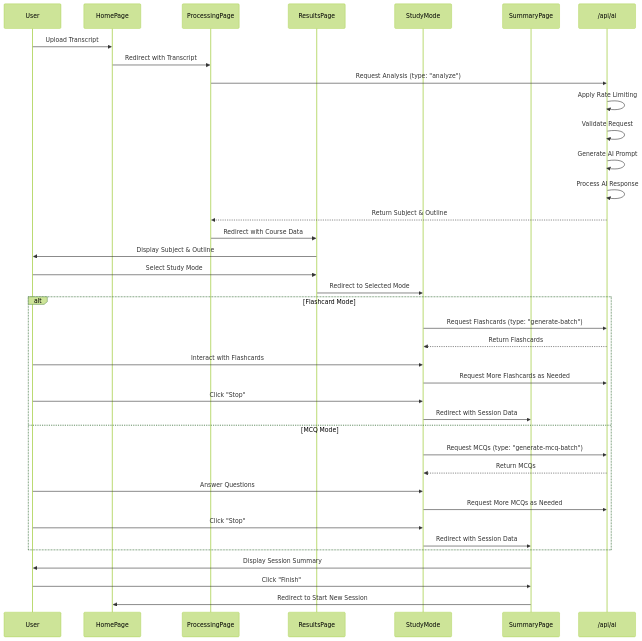
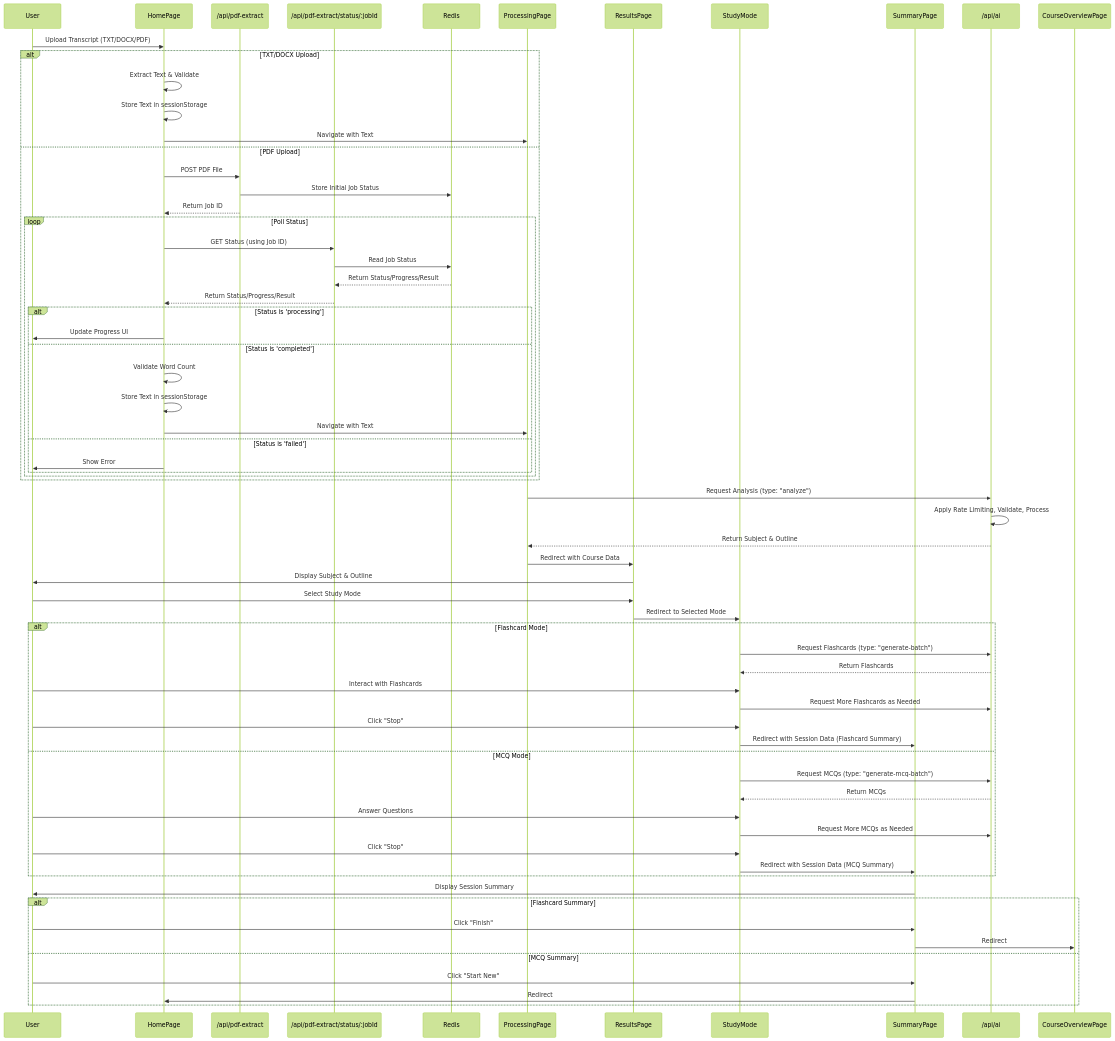
The second of 4 diagrams in docs/architecture_diagram.md (CyranoB/flash_cards), drawn with Mermaid (forest theme) before and after one commit. The commit also changed other lines of this file and 5 other files, not shown here.

````diff
--- a/docs/architecture_diagram.md
+++ b/docs/architecture_diagram.md
@@ -47,43 +57,75 @@
 ```mermaid
 sequenceDiagram
     participant User
     participant HomePage
+    participant PdfExtractAPI as /api/pdf-extract
+    participant PdfStatusAPI as /api/pdf-extract/status/:jobId
+    participant Redis
     participant ProcessingPage
     participant ResultsPage
     participant StudyMode
     participant SummaryPage
-    participant API as /api/ai
+    participant AI_API as /api/ai
+    participant CourseOverviewPage
 
-    User->>HomePage: Upload Transcript
-    HomePage->>ProcessingPage: Redirect with Transcript
-    ProcessingPage->>API: Request Analysis (type: "analyze")
-    API->>API: Apply Rate Limiting
-    API->>API: Validate Request
-    API->>API: Generate AI Prompt
-    API->>API: Process AI Response
-    API-->>ProcessingPage: Return Subject & Outline
+    User->>HomePage: Upload Transcript (TXT/DOCX/PDF)
+
+    alt TXT/DOCX Upload
+        HomePage->>HomePage: Extract Text & Validate
+        HomePage->>HomePage: Store Text in sessionStorage
+        HomePage->>ProcessingPage: Navigate with Text
+    else PDF Upload
+        HomePage->>PdfExtractAPI: POST PDF File
+        PdfExtractAPI->>Redis: Store Initial Job Status
+        PdfExtractAPI-->>HomePage: Return Job ID
+        loop Poll Status
+            HomePage->>PdfStatusAPI: GET Status (using Job ID)
+            PdfStatusAPI->>Redis: Read Job Status
+            Redis-->>PdfStatusAPI: Return Status/Progress/Result
+            PdfStatusAPI-->>HomePage: Return Status/Progress/Result
+            alt Status is 'processing'
+                HomePage->>User: Update Progress UI
+            else Status is 'completed'
+                HomePage->>HomePage: Validate Word Count
+                HomePage->>HomePage: Store Text in sessionStorage
+                HomePage->>ProcessingPage: Navigate with Text
+            else Status is 'failed'
+                HomePage->>User: Show Error
+            end
+        end
+    end
+
+    ProcessingPage->>AI_API: Request Analysis (type: "analyze")
+    AI_API->>AI_API: Apply Rate Limiting, Validate, Process
+    AI_API-->>ProcessingPage: Return Subject & Outline
     ProcessingPage->>ResultsPage: Redirect with Course Data
     ResultsPage->>User: Display Subject & Outline
     User->>ResultsPage: Select Study Mode
     ResultsPage->>StudyMode: Redirect to Selected Mode
-    
+
     alt Flashcard Mode
-        StudyMode->>API: Request Flashcards (type: "generate-batch")
-        API-->>StudyMode: Return Flashcards
+        StudyMode->>AI_API: Request Flashcards (type: "generate-batch")
+        AI_API-->>StudyMode: Return Flashcards
         User->>StudyMode: Interact with Flashcards
-        StudyMode->>API: Request More Flashcards as Needed
+        StudyMode->>AI_API: Request More Flashcards as Needed
         User->>StudyMode: Click "Stop"
-        StudyMode->>SummaryPage: Redirect with Session Data
+        StudyMode->>SummaryPage: Redirect with Session Data (Flashcard Summary)
     else MCQ Mode
-        StudyMode->>API: Request MCQs (type: "generate-mcq-batch")
-        API-->>StudyMode: Return MCQs
+        StudyMode->>AI_API: Request MCQs (type: "generate-mcq-batch")
+        AI_API-->>StudyMode: Return MCQs
         User->>StudyMode: Answer Questions
-        StudyMode->>API: Request More MCQs as Needed
+        StudyMode->>AI_API: Request More MCQs as Needed
         User->>StudyMode: Click "Stop"
-        StudyMode->>SummaryPage: Redirect with Session Data
+        StudyMode->>SummaryPage: Redirect with Session Data (MCQ Summary)
     end
-    
+
     SummaryPage->>User: Display Session Summary
-    User->>SummaryPage: Click "Finish"
-    SummaryPage->>HomePage: Redirect to Start New Session
+    alt Flashcard Summary
+        User->>SummaryPage: Click "Finish"
+        SummaryPage->>CourseOverviewPage: Redirect
+    else MCQ Summary
+        User->>SummaryPage: Click "Start New"
+        SummaryPage->>HomePage: Redirect
+    end
+
 ```
````
